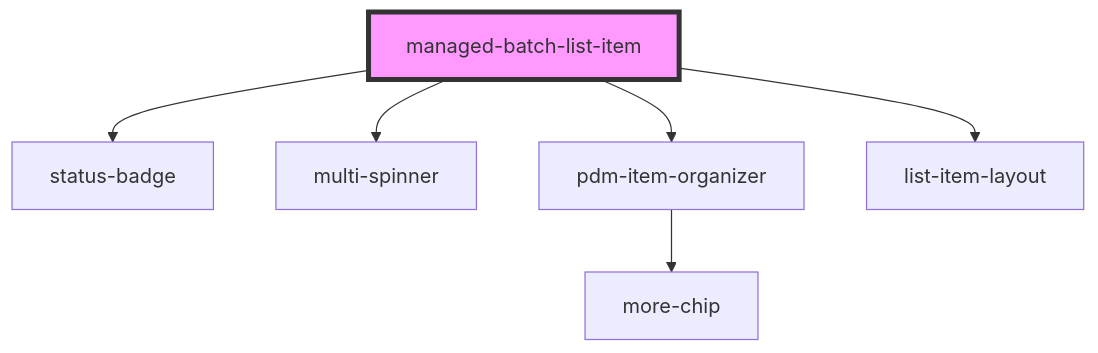
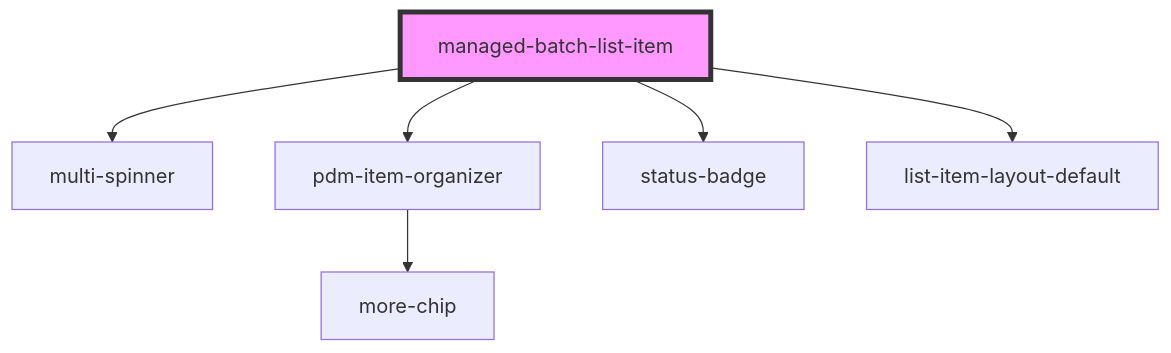
Before and after one commit to PharmaLedger-IMI/fgt-workspace: the diagram in pdm-web-components/src/components/managed-batch-list-item/readme.md, drawn with Mermaid. The commit also changed other lines of this file and 3 other files, not shown here.

Commit message:
refs #51 managed batch list item now implements new layout

````diff
--- a/pdm-web-components/src/components/managed-batch-list-item/readme.md
+++ b/pdm-web-components/src/components/managed-batch-list-item/readme.md
@@ -47,9 +48,9 @@
 ```mermaid
 graph TD;
-  managed-batch-list-item --> status-badge
   managed-batch-list-item --> multi-spinner
   managed-batch-list-item --> pdm-item-organizer
-  managed-batch-list-item --> list-item-layout
+  managed-batch-list-item --> status-badge
+  managed-batch-list-item --> list-item-layout-default
   pdm-item-organizer --> more-chip
   style managed-batch-list-item fill:#f9f,stroke:#333,stroke-width:4px
 ```
````
